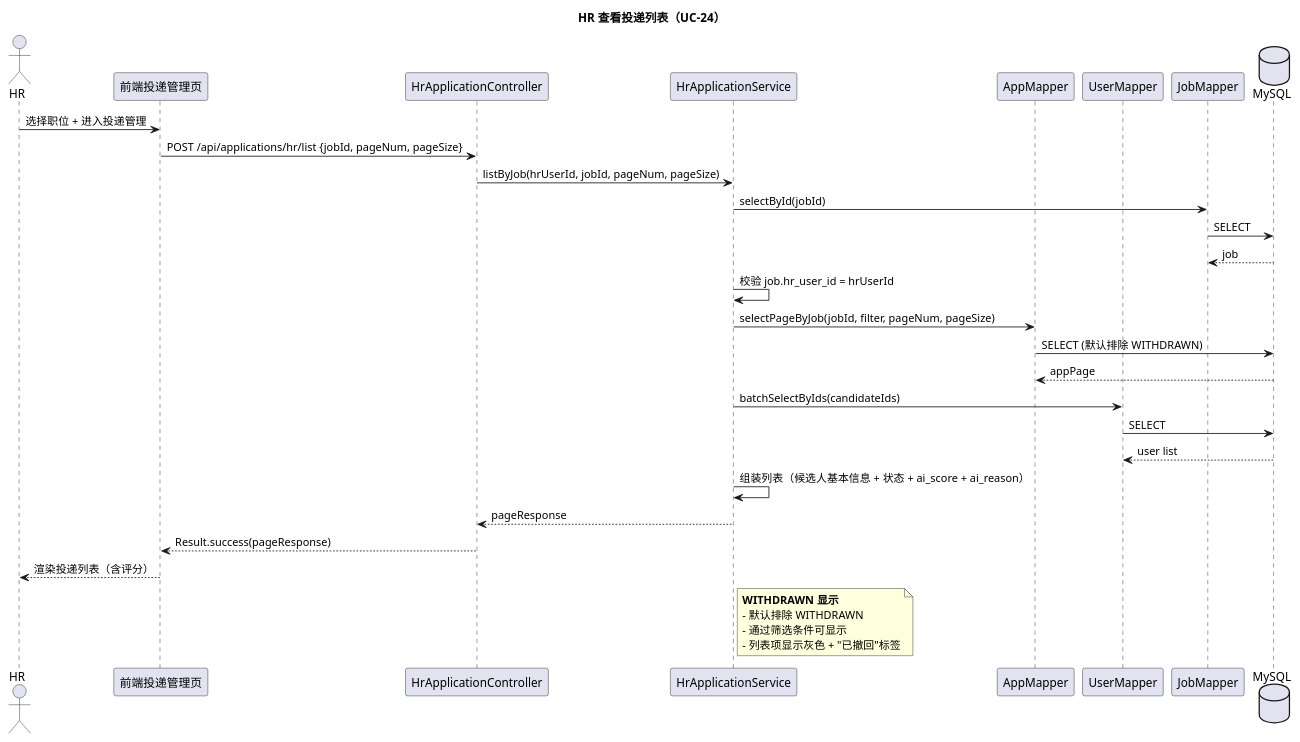
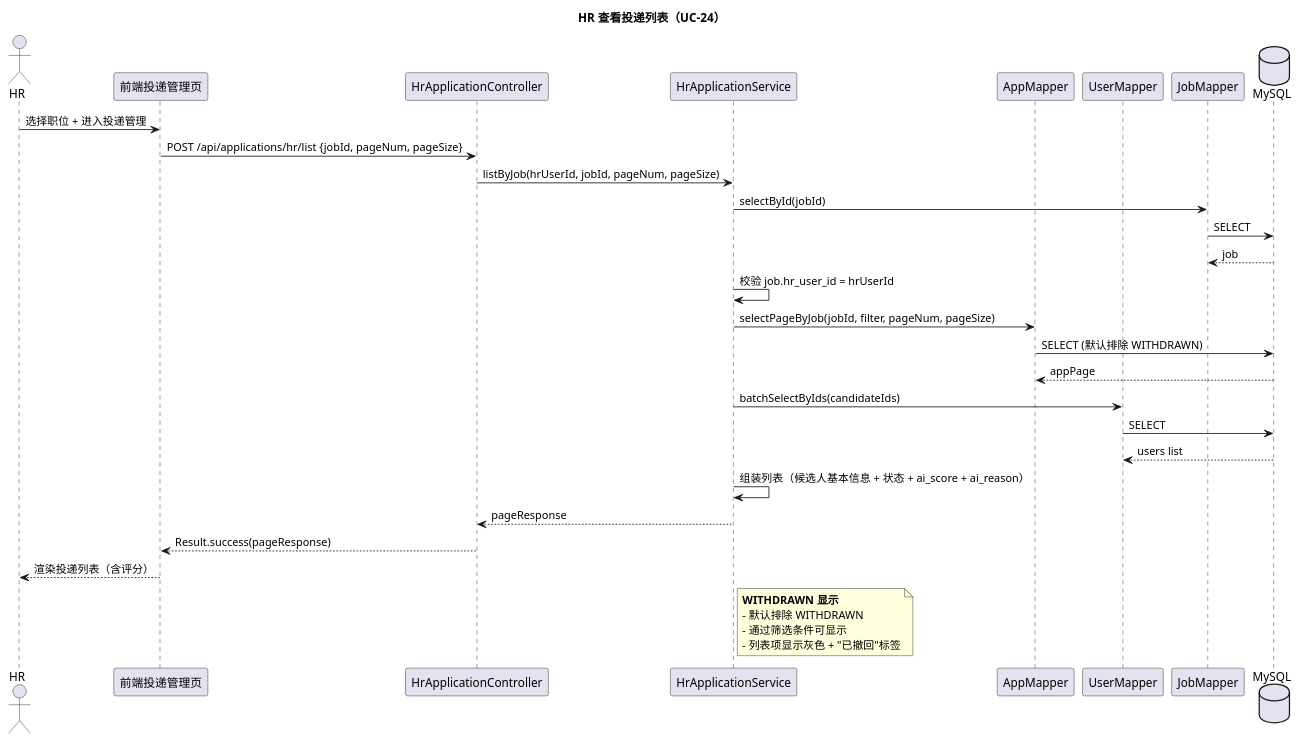
The second of 6 diagrams in docs/系统设计/详细设计/投递.md (wendy-zw-yang/recruitment_system), drawn with PlantUML before and after one commit. The commit also changed 166 other files, not shown here.

````diff
--- a/docs/系统设计/详细设计/投递.md
+++ b/docs/系统设计/详细设计/投递.md
@@ -226,40 +226,40 @@
 ```plantuml
 @startuml
 title HR 查看投递列表（UC-24）
 
 actor HR
 participant "前端投递管理页" as FE
 participant "HrApplicationController" as Ctl
 participant "HrApplicationService" as Svc
 participant "AppMapper" as AM
 participant "UserMapper" as UM
 participant "JobMapper" as JM
 database "MySQL" as DB
 
 HR -> FE: 选择职位 + 进入投递管理
 FE -> Ctl: POST /api/applications/hr/list {jobId, pageNum, pageSize}
 Ctl -> Svc: listByJob(hrUserId, jobId, pageNum, pageSize)
 Svc -> JM: selectById(jobId)
 JM -> DB: SELECT
 DB --> JM: job
 Svc -> Svc: 校验 job.hr_user_id = hrUserId
 Svc -> AM: selectPageByJob(jobId, filter, pageNum, pageSize)
 AM -> DB: SELECT (默认排除 WITHDRAWN)
 DB --> AM: appPage
 Svc -> UM: batchSelectByIds(candidateIds)
 UM -> DB: SELECT
-DB --> UM: user list
+DB --> UM: users list
 Svc -> Svc: 组装列表（候选人基本信息 + 状态 + ai_score + ai_reason）
 Svc --> Ctl: pageResponse
 Ctl --> FE: Result.success(pageResponse)
 FE --> HR: 渲染投递列表（含评分）
 
 note right of Svc
   **WITHDRAWN 显示**
   - 默认排除 WITHDRAWN
   - 通过筛选条件可显示
   - 列表项显示灰色 + "已撤回"标签
 end note
 
 @enduml
 ```
````
